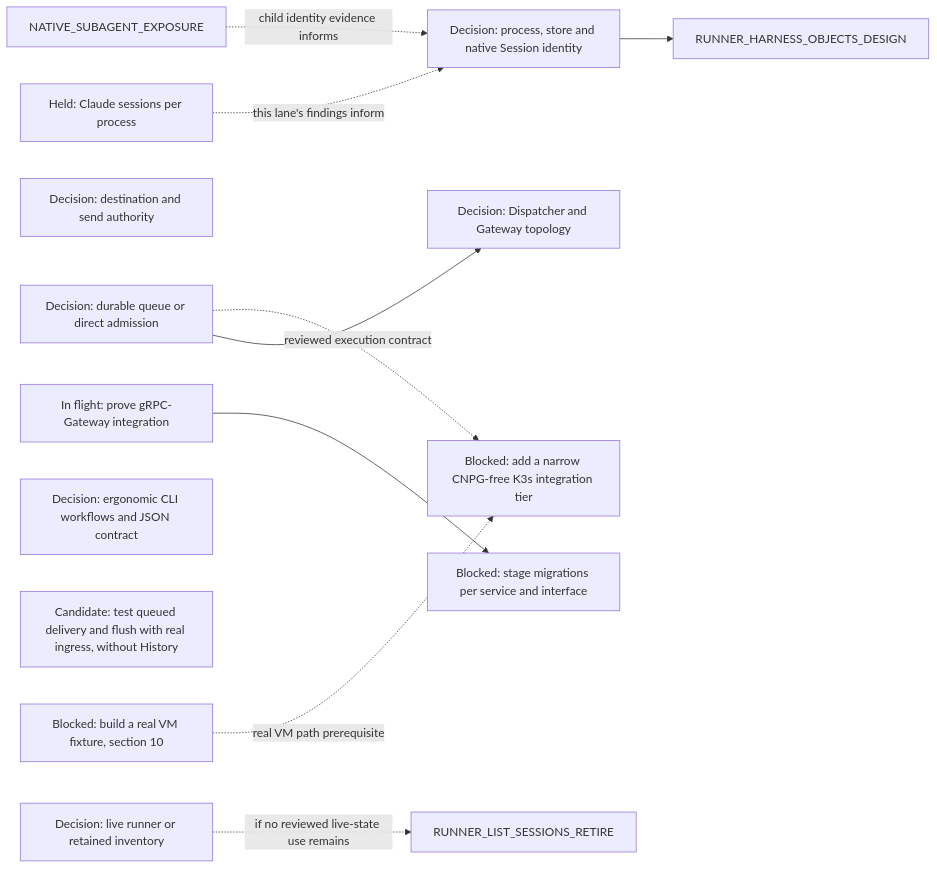
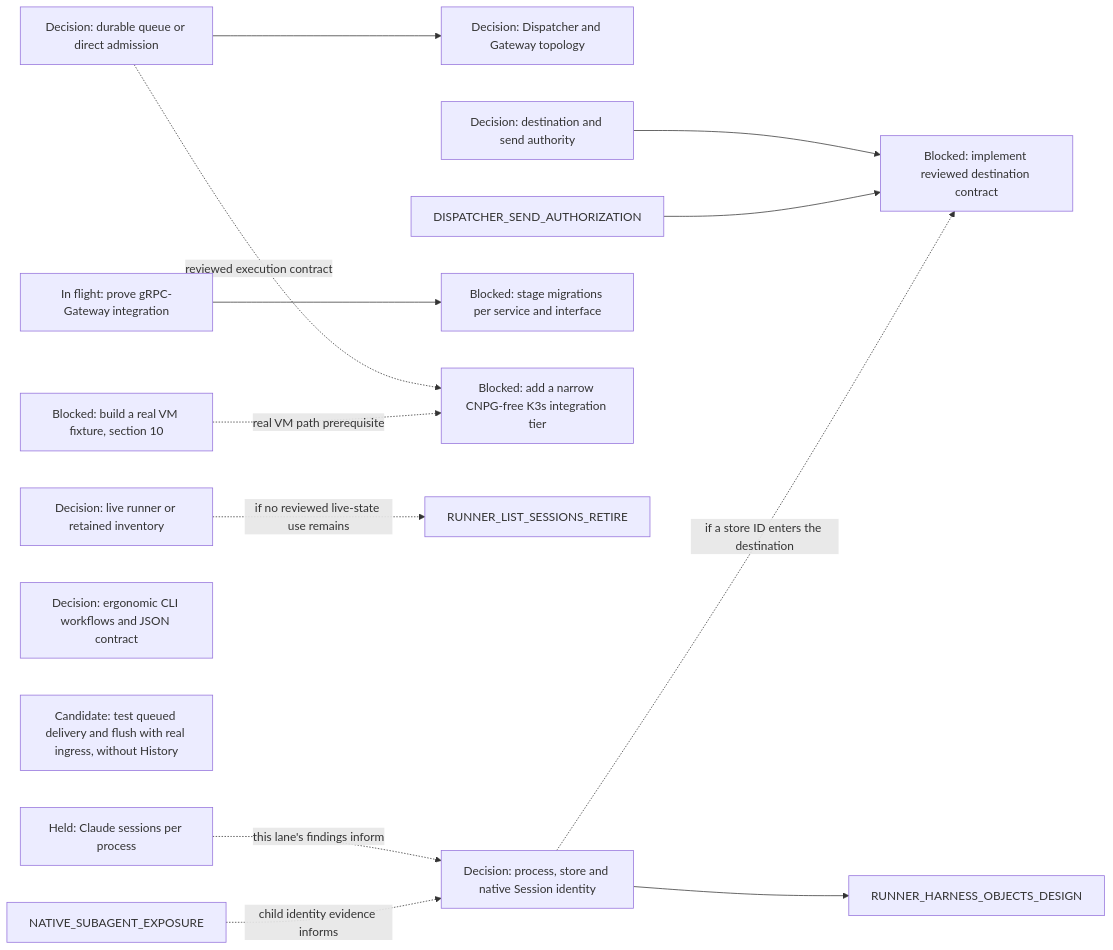
Diagram 17 of 17 in agentplane/plans/task_dag.md (agentydragon-agent/ducktape), drawn with Mermaid before and after one commit. The commit also changed other lines of this file and 1 other file, not shown here.

````diff
--- a/agentplane/plans/task_dag.md
+++ b/agentplane/plans/task_dag.md
@@ -1488,23 +1494,27 @@
 ```mermaid
 flowchart LR
     DISPATCHER_PERSISTENCE_MODEL_DESIGN[Decision: durable queue or direct admission]
     DISPATCHER_GATEWAY_TOPOLOGY_DESIGN[Decision: Dispatcher and Gateway topology]
     RUNNER_INVENTORY_AUTHORITY_DESIGN[Decision: live runner or retained inventory]
     DELIVERY_DESTINATION_AUTHORITY_DESIGN[Decision: destination and send authority]
+    DELIVERY_DESTINATION_CONTRACT[Blocked: implement reviewed destination contract]
     CLAUDE_STREAM_SESSION_MULTIPLEXING[Held: Claude sessions per process]
     HARNESS_IDENTITY_DESIGN[Decision: process, store and native Session identity]
     HTTP_JSON_FACADE_TOOLING_SPIKE[In flight: prove gRPC-Gateway integration]
     SERVICE_API_TRANSPORT_MIGRATIONS[Blocked: stage migrations per service and interface]
     AGENT_API_TOOLING_DESIGN[Decision: ergonomic CLI workflows and JSON contract]
     RUNNER_DELIVERY_INGRESS_ACCEPTANCE[Candidate: test queued delivery and flush with real ingress, without History]
     CNPG_FREE_K3S_INTEGRATION_TIER[Blocked: add a narrow CNPG-free K3s integration tier]
     K3S_VM_IMAGE[Blocked: build a real VM fixture, section 10]
     DISPATCHER_PERSISTENCE_MODEL_DESIGN --> DISPATCHER_GATEWAY_TOPOLOGY_DESIGN
     RUNNER_INVENTORY_AUTHORITY_DESIGN -. if no reviewed live-state use remains .-> RUNNER_LIST_SESSIONS_RETIRE
+    DELIVERY_DESTINATION_AUTHORITY_DESIGN --> DELIVERY_DESTINATION_CONTRACT
+    DISPATCHER_SEND_AUTHORIZATION --> DELIVERY_DESTINATION_CONTRACT
+    HARNESS_IDENTITY_DESIGN -. if a store ID enters the destination .-> DELIVERY_DESTINATION_CONTRACT
     CLAUDE_STREAM_SESSION_MULTIPLEXING -. this lane's findings inform .-> HARNESS_IDENTITY_DESIGN
     NATIVE_SUBAGENT_EXPOSURE -. child identity evidence informs .-> HARNESS_IDENTITY_DESIGN
     HARNESS_IDENTITY_DESIGN --> RUNNER_HARNESS_OBJECTS_DESIGN
     HTTP_JSON_FACADE_TOOLING_SPIKE --> SERVICE_API_TRANSPORT_MIGRATIONS
     DISPATCHER_PERSISTENCE_MODEL_DESIGN -. reviewed execution contract .-> CNPG_FREE_K3S_INTEGRATION_TIER
     K3S_VM_IMAGE -. real VM path prerequisite .-> CNPG_FREE_K3S_INTEGRATION_TIER
 ```
````
